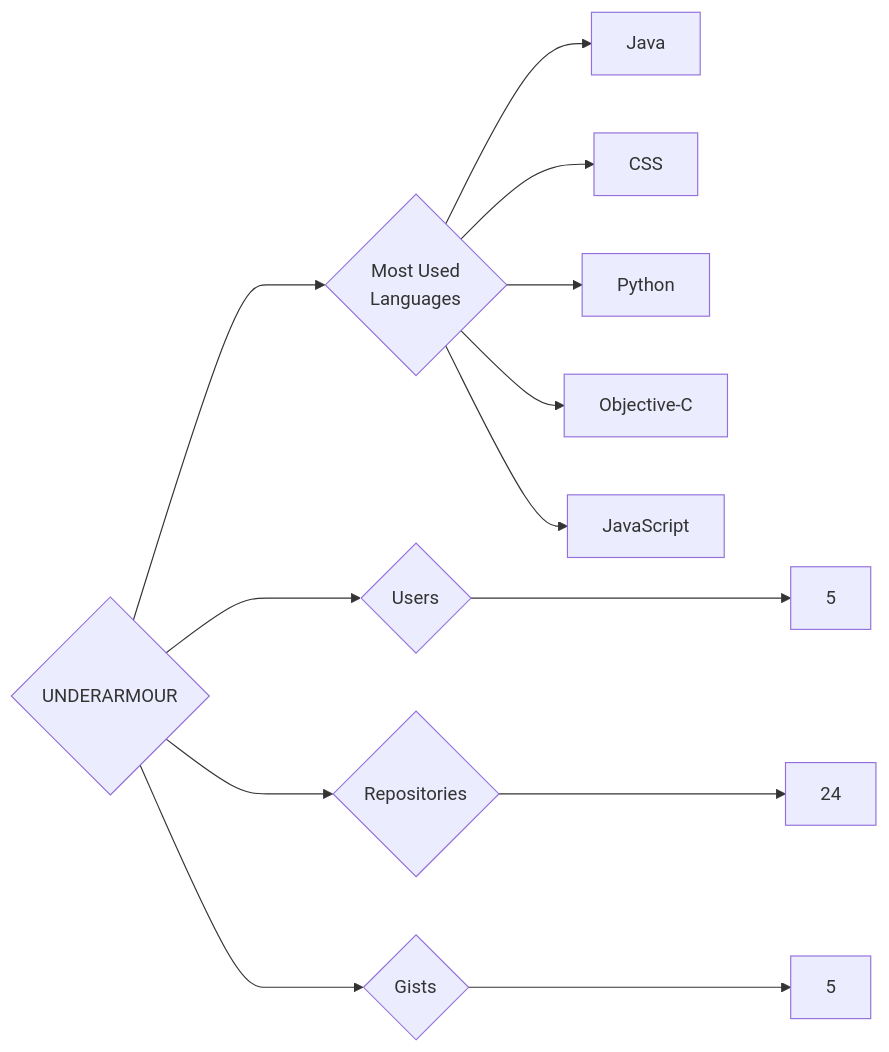
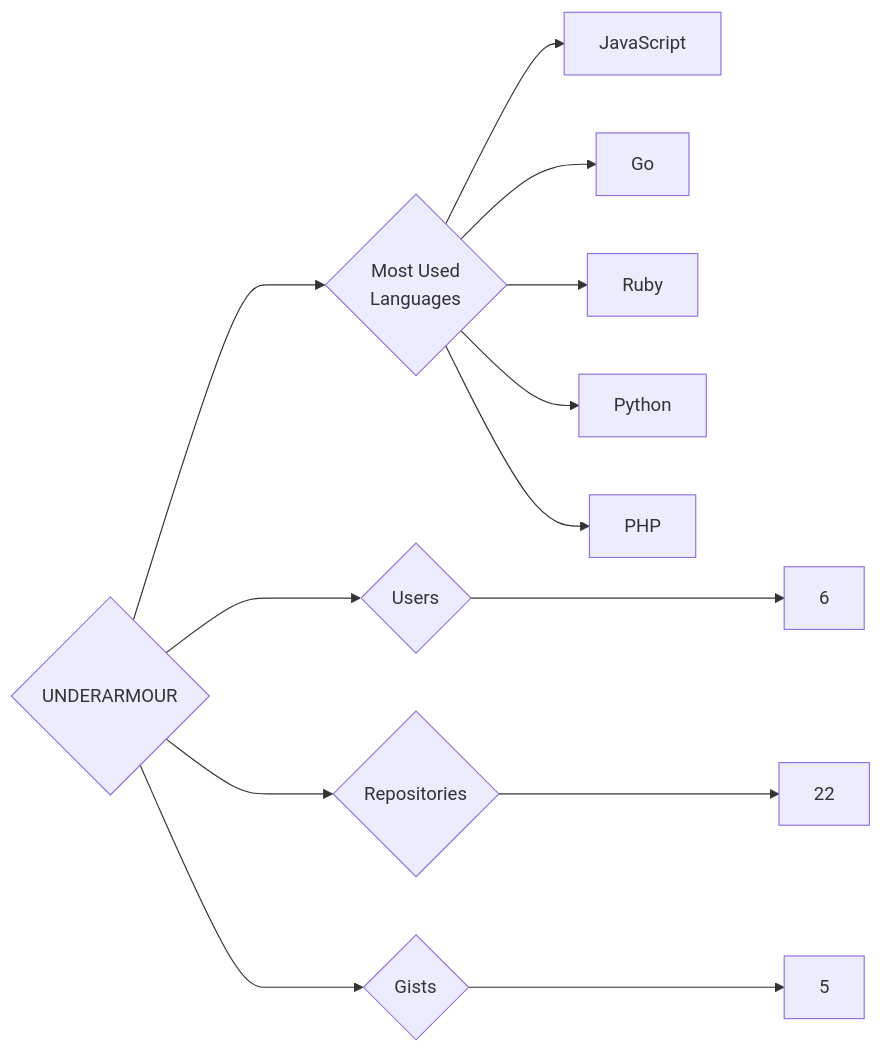
One commit to trickest/insiders changed the diagram in targets/UNDERARMOUR/README.md. Above: the diagram before and after it, drawn with Mermaid. The commit also changed 1248 other files, not shown here.

````diff
--- a/targets/UNDERARMOUR/README.md
+++ b/targets/UNDERARMOUR/README.md
@@ -3,13 +3,13 @@
 ```mermaid
 graph LR
 COMPANY_NAME{UNDERARMOUR}
-COMPANY_NAME ---> U{Users} ---> UN[5]
-COMPANY_NAME ---> R{Repositories} ---> RN[24]
+COMPANY_NAME ---> U{Users} ---> UN[6]
+COMPANY_NAME ---> R{Repositories} ---> RN[22]
 COMPANY_NAME ---> G{Gists} ---> GN[5]
 COMPANY_NAME ---> ML{Most Used<br>Languages}
-ML --> Java[Java]
-ML --> CSS[CSS]
+ML --> JavaScript[JavaScript]
+ML --> Go[Go]
+ML --> Ruby[Ruby]
 ML --> Python[Python]
-ML --> Objective-C[Objective-C]
-ML --> JavaScript[JavaScript]
+ML --> PHP[PHP]
 ```
````
